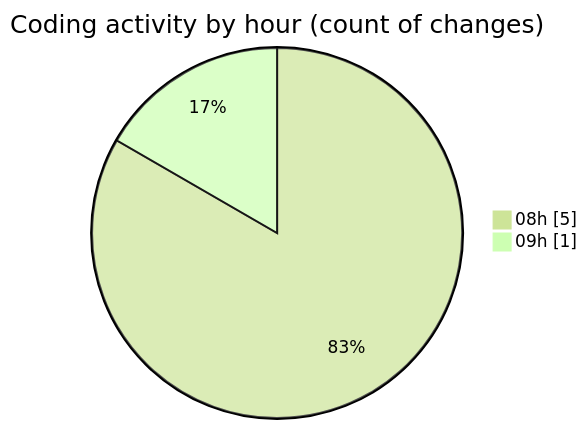
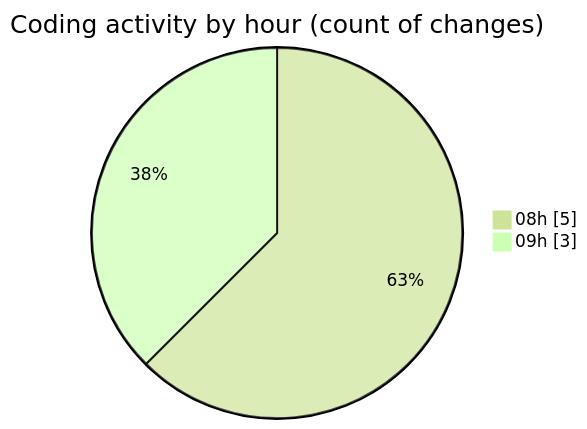
One commit to Unknowalive/code-tracking changed the second of 2 diagrams in 2026-04-09/pws2026/README.md. Above: the diagram before and after it, drawn with Mermaid (forest theme). The commit also changed other lines of this file and 1 other file, not shown here.

````diff
--- a/2026-04-09/pws2026/README.md
+++ b/2026-04-09/pws2026/README.md
@@ -28,6 +29,6 @@
 ```mermaid
 pie showData
 title Coding activity by hour (count of changes)
 "08h" : 5
-"09h" : 1
+"09h" : 3
 ```
````
